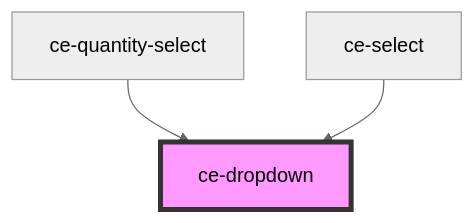
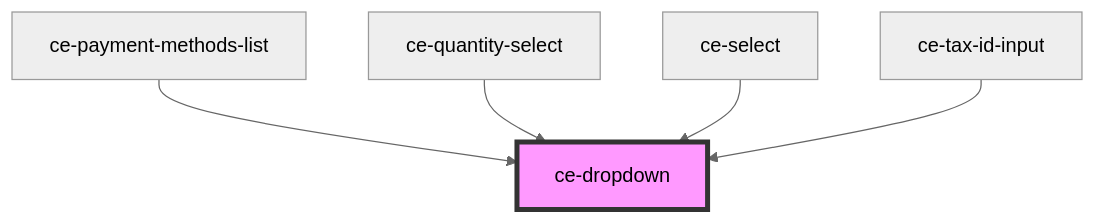
The diagram in packages/components/src/components/ui/dropdown/readme.md (surecart/surecart-wp-plugin), drawn with Mermaid (neutral theme) before and after one commit. The commit also changed other lines of this file and 118 other files, not shown here.

````diff
--- a/packages/components/src/components/ui/dropdown/readme.md
+++ b/packages/components/src/components/ui/dropdown/readme.md
@@ -40,6 +42,8 @@
 ```mermaid
 graph TD;
+  ce-payment-methods-list --> ce-dropdown
   ce-quantity-select --> ce-dropdown
   ce-select --> ce-dropdown
+  ce-tax-id-input --> ce-dropdown
   style ce-dropdown fill:#f9f,stroke:#333,stroke-width:4px
 ```
````
